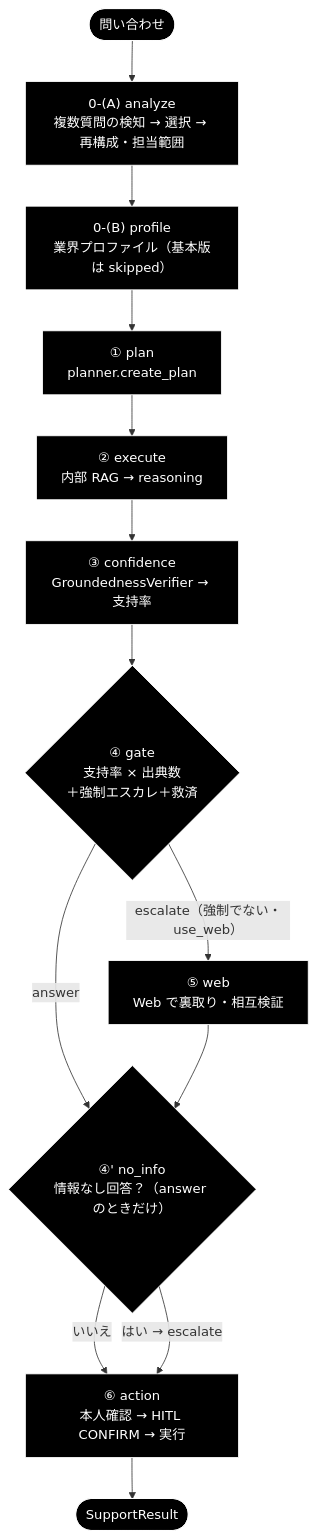
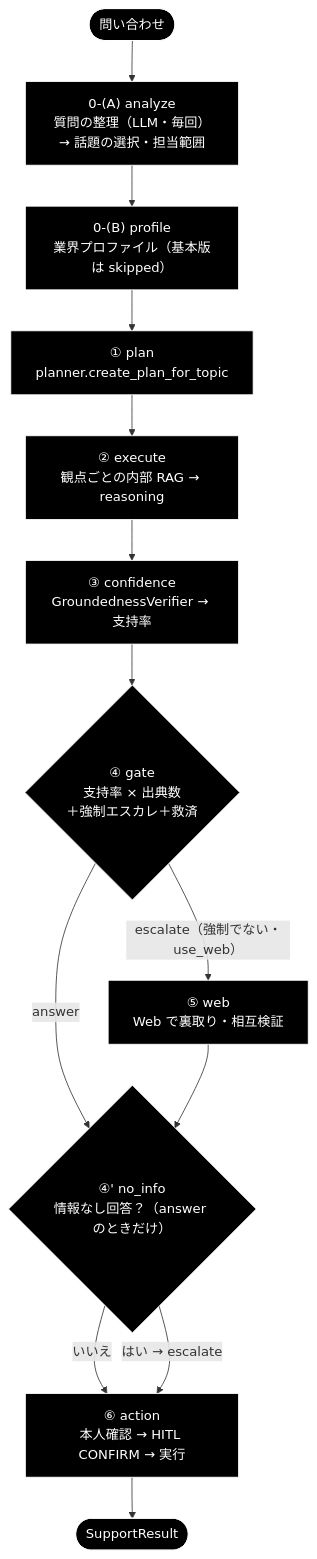
Before and after one commit to nakashima2toshio/grace_v2_local: the second of 5 diagrams in backend/app/core/docs/core_process_flow.md, drawn with Mermaid. The commit also changed other lines of this file and 24 other files, not shown here.

````diff
--- a/backend/app/core/docs/core_process_flow.md
+++ b/backend/app/core/docs/core_process_flow.md
@@ -107,18 +107,18 @@
 ```mermaid
 flowchart TB
-    Q(["問い合わせ"]) --> A["0-(A) analyze<br>複数質問の検知 → 選択 → 再構成・担当範囲"]
+    Q(["問い合わせ"]) --> A["0-(A) analyze<br>質問の整理（LLM・毎回）→ 話題の選択・担当範囲"]
     A --> B["0-(B) profile<br>業界プロファイル（基本版は skipped）"]
-    B --> P["① plan<br>planner.create_plan"]
-    P --> E["② execute<br>内部 RAG → reasoning"]
+    B --> P["① plan<br>planner.create_plan_for_topic"]
+    P --> E["② execute<br>観点ごとの内部 RAG → reasoning"]
     E --> C["③ confidence<br>GroundednessVerifier → 支持率"]
     C --> G{"④ gate<br>支持率 × 出典数<br>＋強制エスカレ＋救済"}
     G -->|"answer"| N
     G -->|"escalate（強制でない・use_web）"| W["⑤ web<br>Web で裏取り・相互検証"]
     W --> N{"④' no_info<br>情報なし回答？（answer のときだけ）"}
     N -->|"いいえ"| ACT["⑥ action<br>本人確認 → HITL CONFIRM → 実行"]
     N -->|"はい → escalate"| ACT
     ACT --> R(["SupportResult"])
 classDef default fill:#000,stroke:#fff,color:#fff
 classDef subgraphStyle fill:#1a1a1a,stroke:#fff,color:#fff
 class Q,A,B,P,E,C,G,W,N,ACT,R default
 ```
````
